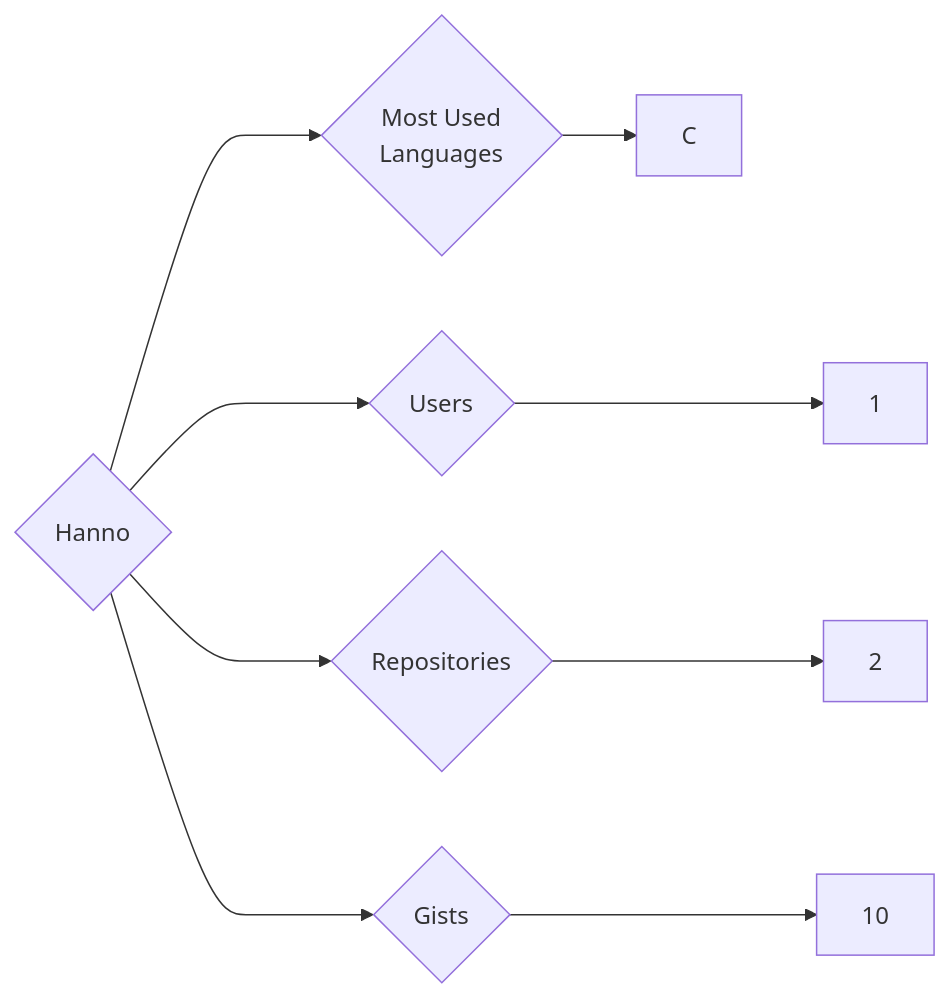
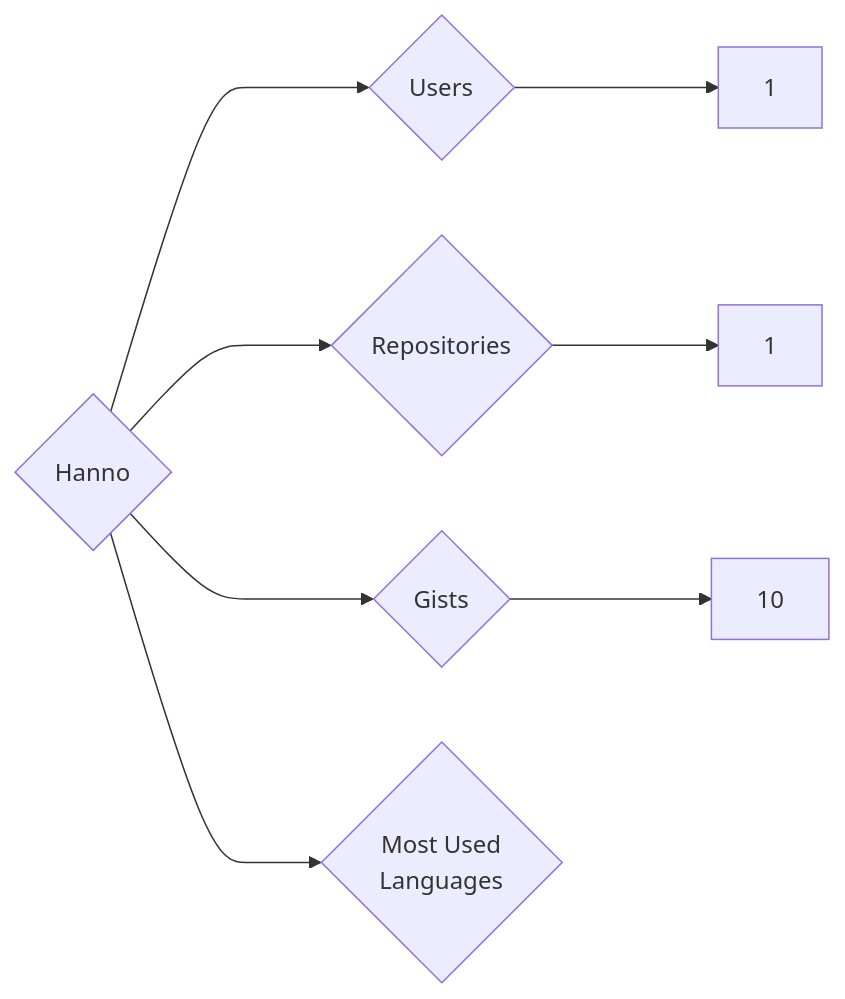
One commit to trickest/insiders changed the diagram in targets/Hanno/README.md. Above: the diagram before and after it, drawn with Mermaid. The commit also changed 1123 other files, not shown here.

````diff
--- a/targets/Hanno/README.md
+++ b/targets/Hanno/README.md
@@ -3,9 +3,8 @@
 ```mermaid
 graph LR
 COMPANY_NAME{Hanno}
 COMPANY_NAME ---> U{Users} ---> UN[1]
-COMPANY_NAME ---> R{Repositories} ---> RN[2]
+COMPANY_NAME ---> R{Repositories} ---> RN[1]
 COMPANY_NAME ---> G{Gists} ---> GN[10]
 COMPANY_NAME ---> ML{Most Used<br>Languages}
-ML --> C[C]
 ```
````
